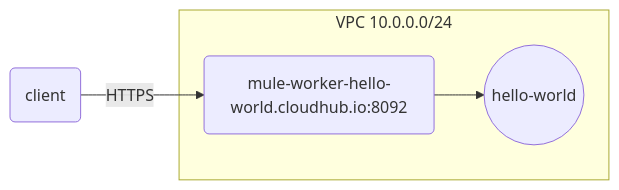
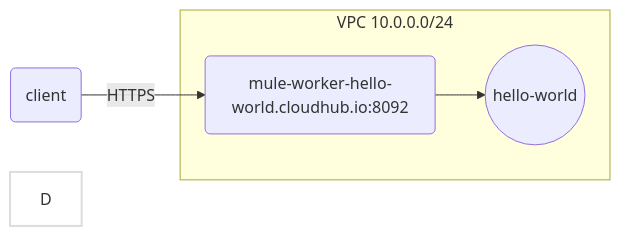
One commit to dhimate/dhimate.github.io changed the fifth of 5 diagrams in _posts/2021/2021-01-02-netcat-mulesoft-cloudhub.md. Above: the diagram before and after it, drawn with Mermaid. The commit also changed other lines of this file, not shown here.

Commit message:
Updated mermaid syntax

```diff
--- a/_posts/2021/2021-01-02-netcat-mulesoft-cloudhub.md
+++ b/_posts/2021/2021-01-02-netcat-mulesoft-cloudhub.md
@@ -101,7 +101,8 @@
 <pre class="mermaid">
 flowchart LR
         u(client)--HTTPS-->a1
         subgraph VPC 10.0.0.0/24
         a1(mule-worker-hello-world.cloudhub.io:8092)-->id1((hello-world))
         end
+style D fill:#FFF,stroke:#DDD,stroke-width:2px
 </pre>
```
